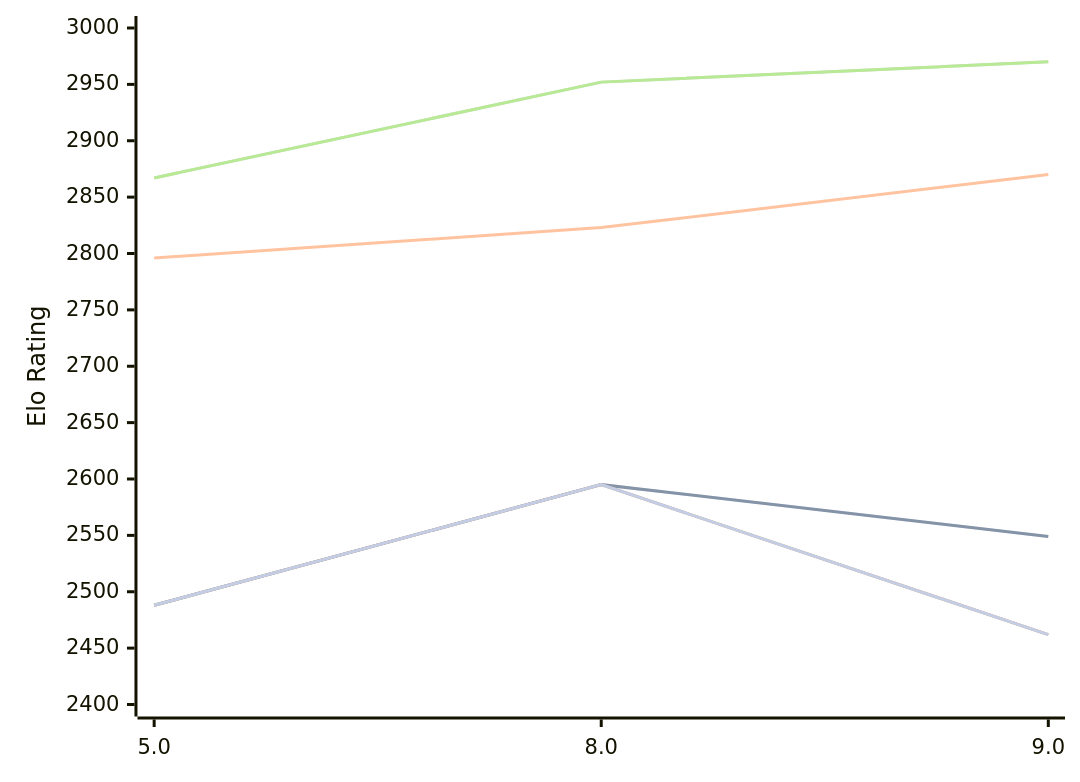
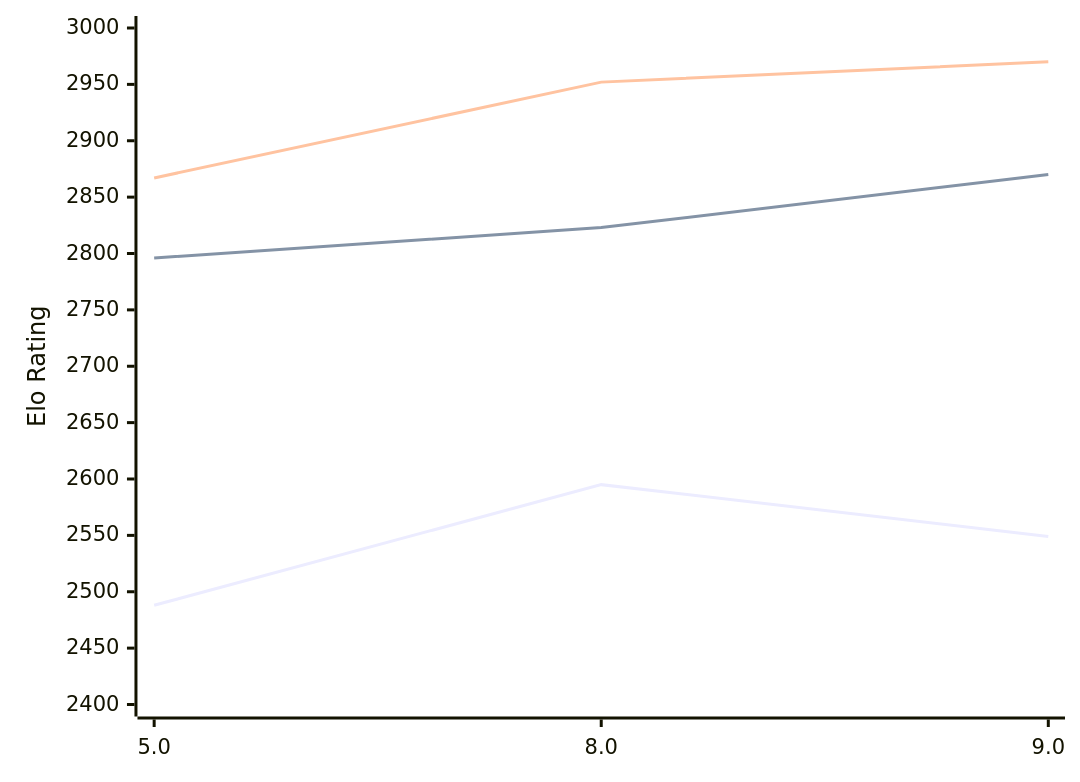
Before and after one commit to computer-chess-index/cci: the diagram in engines/4kc.md, drawn with Mermaid. The commit also changed other lines of this file, not shown here.

````diff
--- a/engines/4kc.md
+++ b/engines/4kc.md
@@ -49,13 +49,9 @@
 ```mermaid
 %%{init: {"theme":"base","themeVariables":{"seriesColors:['#a3a3a3','#222221','#faa371']}}}%%
 xychart-beta
   x-axis ["5.0", "8.0", "9.0"]
   y-axis "Elo Rating" 2400 --> 3000
-  line "" [2488, 2595, 2549]
   line "T1: STC (8.0+0.08s)" [2488, 2595, 2549]
   line "T1: LTC (60.0+0.60s)" [2796, 2823, 2870]
-  line "" [2867, 2952, 2970]
   line "T1: VLTC (2m24s+1.12s)" [2867, 2952, 2970]
-  line "" [2488, 2595,2462]
-  line "E1: STC (8.0+0.08s)" [2488, 2595,2462]
 ```
````
